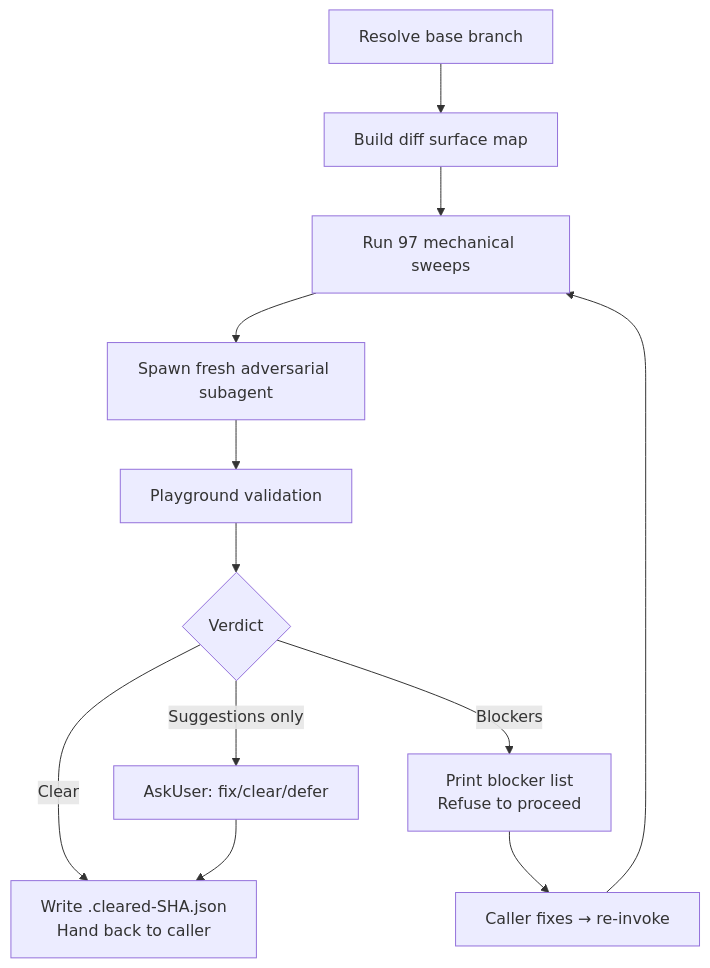
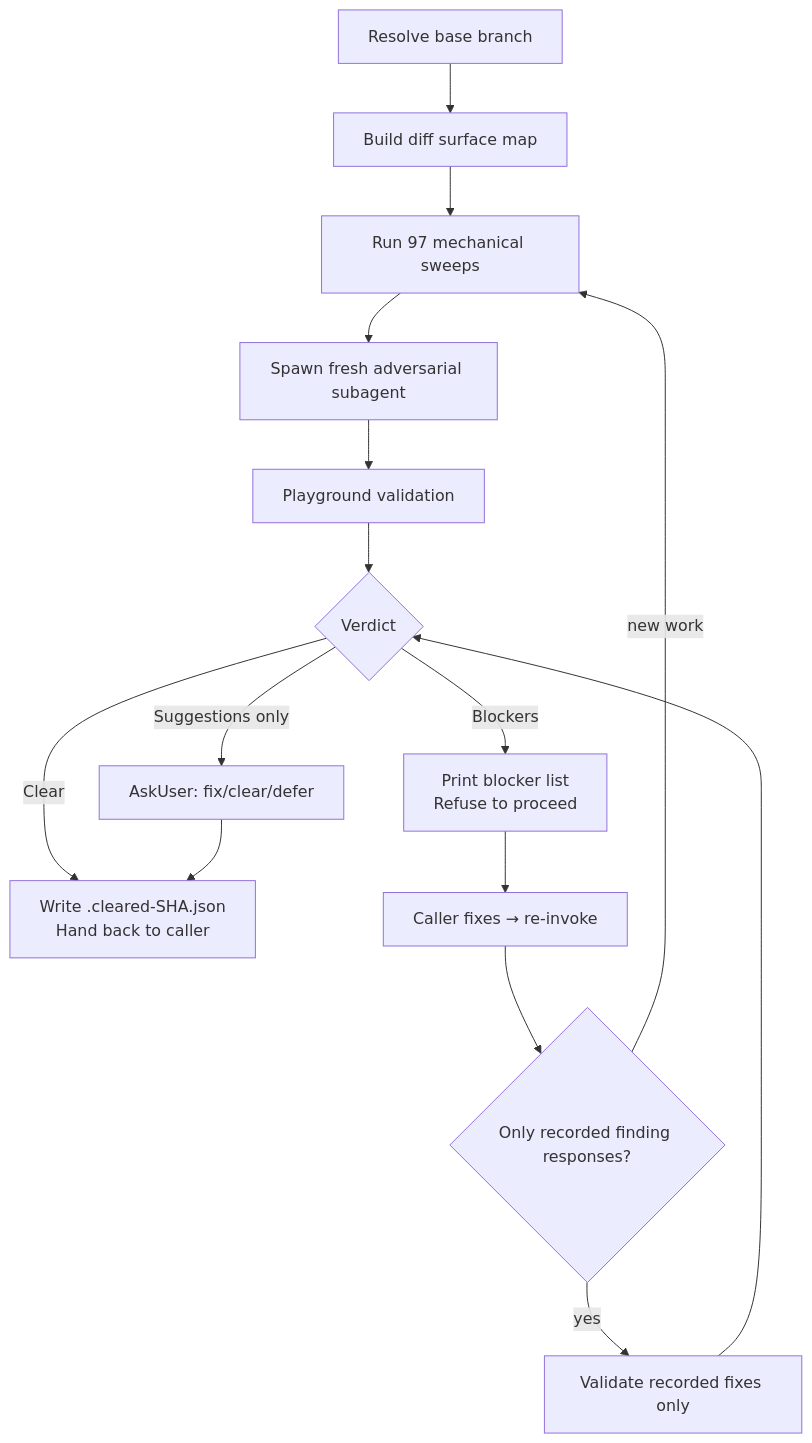
Before and after one commit to whizzzkid/skills: the diagram in skills/adversarial-review/README.md, drawn with Mermaid. The commit also changed other lines of this file and 11 other files, not shown here.

Commit message:
fix(review): 🛡️ preserve clearance through finding fixes

````diff
--- a/skills/adversarial-review/README.md
+++ b/skills/adversarial-review/README.md
@@ -16,14 +16,17 @@
 ```mermaid
 flowchart TD
     A[Resolve base branch] --> B[Build diff surface map]
     B --> C[Run 97 mechanical sweeps]
     C --> D[Spawn fresh adversarial subagent]
     D --> E[Playground validation]
     E --> F{Verdict}
     F -->|Clear| G[Write .cleared-SHA.json<br/>Hand back to caller]
     F -->|Blockers| H[Print blocker list<br/>Refuse to proceed]
     F -->|Suggestions only| I[AskUser: fix/clear/defer]
     H --> J[Caller fixes → re-invoke]
-    J --> C
+    J --> K{Only recorded finding responses?}
+    K -->|yes| V[Validate recorded fixes only]
+    V --> F
+    K -->|new work| C
     I --> G
 ```
````
